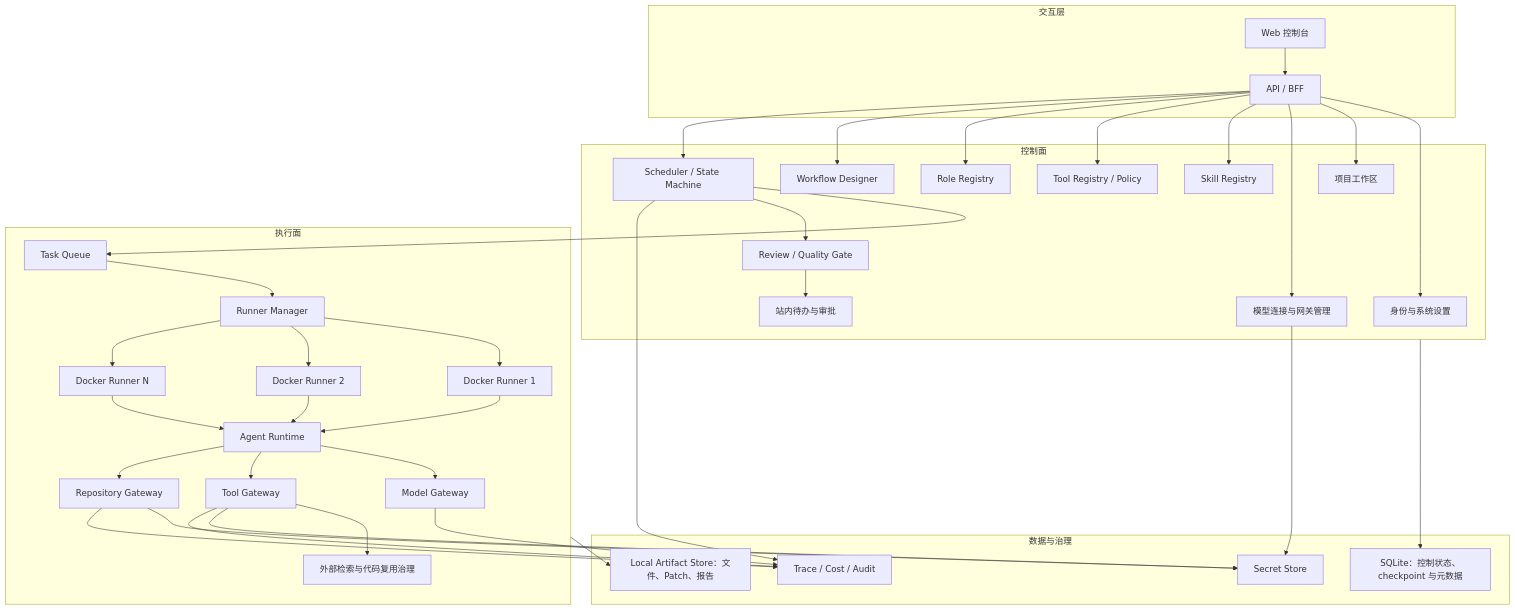
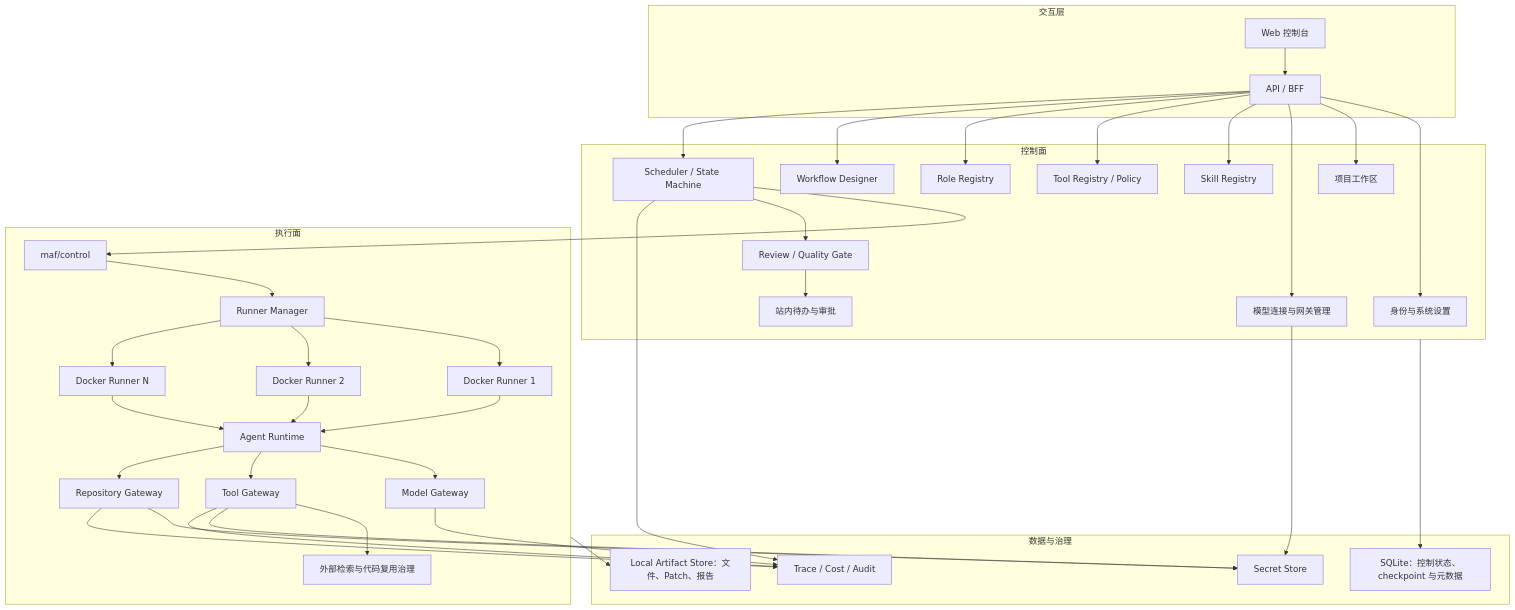
The first of 9 diagrams in doc/多Agent协同工具需求分析文档.md (mei-lun/multi-agent-flow), drawn with Mermaid before and after one commit. The commit also changed other lines of this file and 228 other files, not shown here.

````diff
--- a/doc/多Agent协同工具需求分析文档.md
+++ b/doc/多Agent协同工具需求分析文档.md
@@ -79,73 +80,73 @@
 ```mermaid
 flowchart TB
     subgraph UX["交互层"]
         WEB["Web 控制台"]
         BFF["API / BFF"]
     end
 
     subgraph CP["控制面"]
         IAM["身份与系统设置"]
         PROJ["项目工作区"]
         MODEL["模型连接与网关管理"]
         SKILL["Skill Registry"]
         TOOL["Tool Registry / Policy"]
         ROLE["Role Registry"]
         WF["Workflow Designer"]
         SCH["Scheduler / State Machine"]
         REVIEW["Review / Quality Gate"]
         INBOX["站内待办与审批"]
     end
 
     subgraph DP["执行面"]
-        QUEUE["Task Queue"]
+        CTRL["maf/control"]
         RM["Runner Manager"]
         R1["Docker Runner 1"]
         R2["Docker Runner 2"]
         RN["Docker Runner N"]
         AR["Agent Runtime"]
         MG["Model Gateway"]
         TG["Tool Gateway"]
         RG["Repository Gateway"]
         REUSE["外部检索与代码复用治理"]
     end
 
     subgraph DATA["数据与治理"]
         DB["SQLite：控制状态、checkpoint 与元数据"]
         AS["Local Artifact Store：文件、Patch、报告"]
         SEC["Secret Store"]
         OBS["Trace / Cost / Audit"]
     end
 
     WEB --> BFF
     BFF --> IAM
     BFF --> PROJ
     BFF --> MODEL
     BFF --> SKILL
     BFF --> TOOL
     BFF --> ROLE
     BFF --> WF
     BFF --> SCH
-    SCH --> QUEUE
-    QUEUE --> RM
+    SCH --> CTRL
+    CTRL --> RM
     RM --> R1
     RM --> R2
     RM --> RN
     R1 --> AR
     R2 --> AR
     RN --> AR
     AR --> MG
     AR --> TG
     AR --> RG
     TG --> REUSE
     SCH --> REVIEW
     REVIEW --> INBOX
     CP --> DB
     DP --> AS
     MODEL --> SEC
     TG --> SEC
     RG --> SEC
     SCH --> OBS
     MG --> OBS
     TG --> OBS
     RG --> OBS
 ```
````
